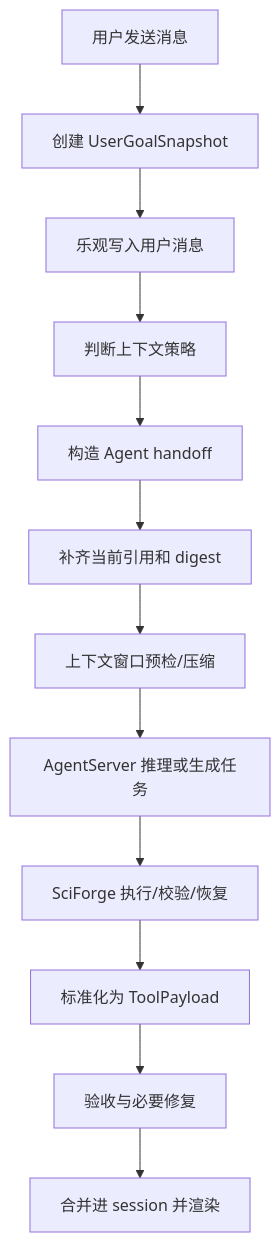
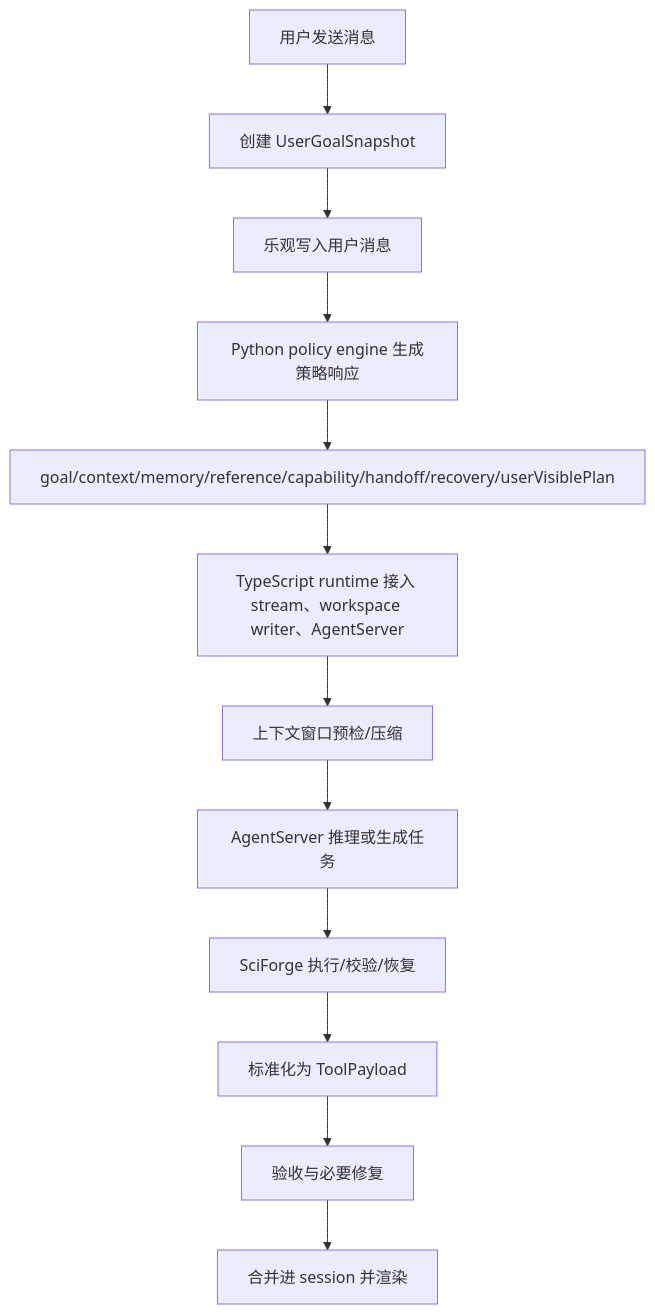
One commit to AGI4Sci/SciForge changed the first of 3 diagrams in docs/SciForgeConversationSessionRecovery.md. Above: the diagram before and after it, drawn with Mermaid. The commit also changed other lines of this file and 74 other files, not shown here.

Commit message:
Refactor conversation policy to Python runtime

````diff
--- a/docs/SciForgeConversationSessionRecovery.md
+++ b/docs/SciForgeConversationSessionRecovery.md
@@ -29,14 +31,14 @@
 ```mermaid
 flowchart TD
   A["用户发送消息"] --> B["创建 UserGoalSnapshot"]
   B --> C["乐观写入用户消息"]
-  C --> D["判断上下文策略"]
-  D --> E["构造 Agent handoff"]
-  E --> F["补齐当前引用和 digest"]
+  C --> D["Python policy engine 生成策略响应"]
+  D --> E["goal/context/memory/reference/capability/handoff/recovery/userVisiblePlan"]
+  E --> F["TypeScript runtime 接入 stream、workspace writer、AgentServer"]
   F --> G["上下文窗口预检/压缩"]
   G --> H["AgentServer 推理或生成任务"]
   H --> I["SciForge 执行/校验/恢复"]
   I --> J["标准化为 ToolPayload"]
   J --> K["验收与必要修复"]
   K --> L["合并进 session 并渲染"]
 ```
````
